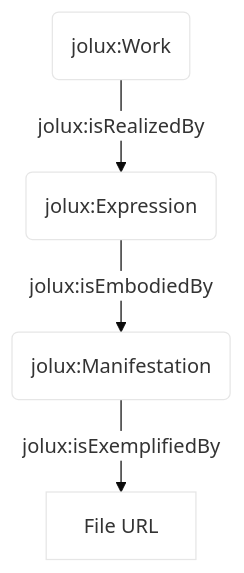
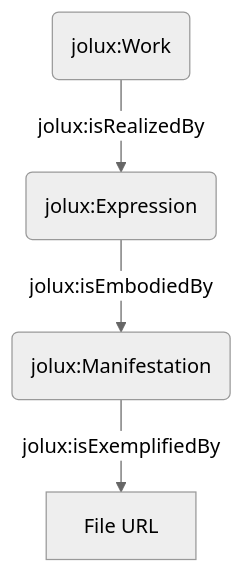
The diagram in doc/3_tutorial.md (bequrios/jolux-sphinx), drawn with Mermaid before and after one commit. The commit also changed other lines of this file and 3 other files, not shown here.

````diff
--- a/doc/3_tutorial.md
+++ b/doc/3_tutorial.md
@@ -79,12 +79,12 @@
 ```mermaid
-%%{init: {'theme': 'base', 'themeVariables': {'primaryColor': '#ffffff'}}}%%
+%%{init: {'theme': 'neutral'}}%%
 flowchart TD
     Work(jolux:Work)
     Expression(jolux:Expression)
     Manifestation(jolux:Manifestation)
     Work-->|jolux:isRealizedBy| Expression
     Expression --> |jolux:isEmbodiedBy| Manifestation
     Manifestation --> |jolux:isExemplifiedBy| File[File URL]
 
     linkStyle default stroke-width:1;
 ```
````
